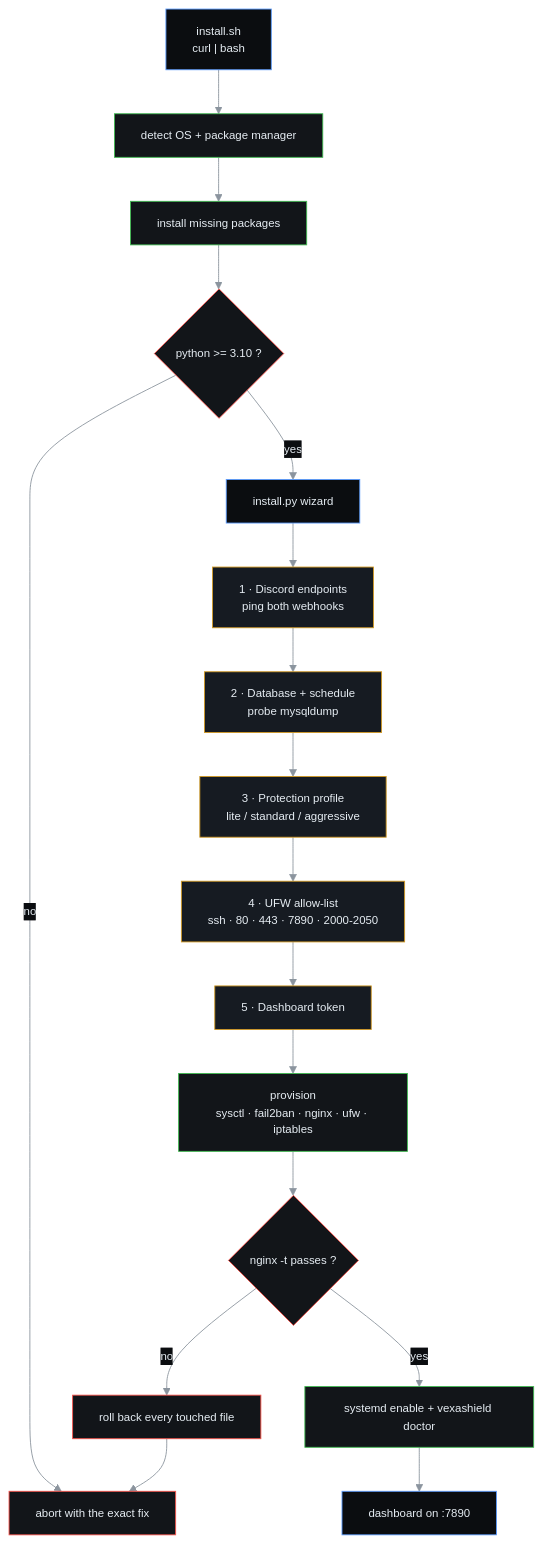
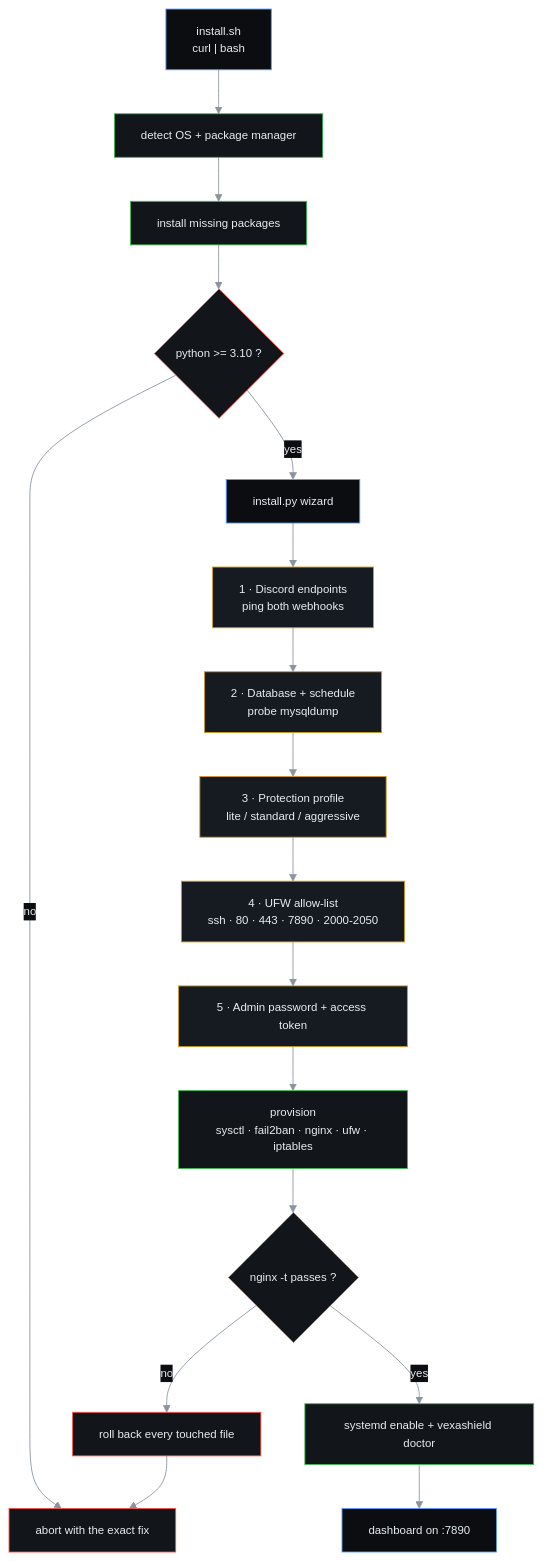
One commit to Nex-Devz/VexaShield changed the first of 4 diagrams in README.md. Above: the diagram before and after it, drawn with Mermaid. The commit also changed other lines of this file and 6 other files, not shown here.

````diff
--- a/README.md
+++ b/README.md
@@ -126,28 +126,28 @@
 ```mermaid
 %%{init: {'theme':'base','themeVariables':{
   'primaryColor':'#121519','primaryTextColor':'#e6edf3','primaryBorderColor':'#5b9cff',
   'lineColor':'#8b949e','secondaryColor':'#0b0d10','tertiaryColor':'#161b22',
   'fontFamily':'ui-monospace, monospace','fontSize':'13px'}}}%%
 flowchart TD
     classDef boot fill:#0b0d10,stroke:#5b9cff,color:#e6edf3
     classDef job  fill:#121519,stroke:#3fb950,color:#e6edf3
     classDef ask  fill:#161b22,stroke:#d29922,color:#e6edf3
     classDef safe fill:#121519,stroke:#f85149,color:#e6edf3
 
     A["install.sh<br/>curl | bash"]:::boot --> B["detect OS + package manager"]:::job
     B --> C["install missing packages"]:::job
     C --> D{"python >= 3.10 ?"}:::safe
     D -- no --> X["abort with the exact fix"]:::safe
     D -- yes --> E["install.py wizard"]:::boot
     E --> F["1 · Discord endpoints<br/>ping both webhooks"]:::ask
     F --> G["2 · Database + schedule<br/>probe mysqldump"]:::ask
     G --> H["3 · Protection profile<br/>lite / standard / aggressive"]:::ask
     H --> I["4 · UFW allow-list<br/>ssh · 80 · 443 · 7890 · 2000-2050"]:::ask
-    I --> J["5 · Dashboard token"]:::ask
+    I --> J["5 · Admin password + access token"]:::ask
     J --> K["provision<br/>sysctl · fail2ban · nginx · ufw · iptables"]:::job
     K --> L{"nginx -t passes ?"}:::safe
     L -- no --> M["roll back every touched file"]:::safe
     L -- yes --> N["systemd enable + vexashield doctor"]:::job
     M --> X
     N --> O["dashboard on :7890"]:::boot
 ```
````
